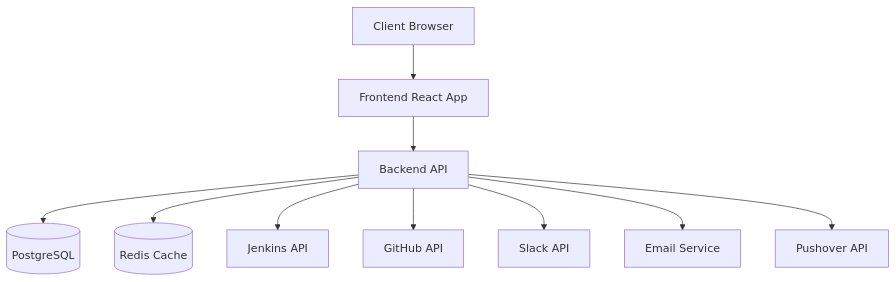
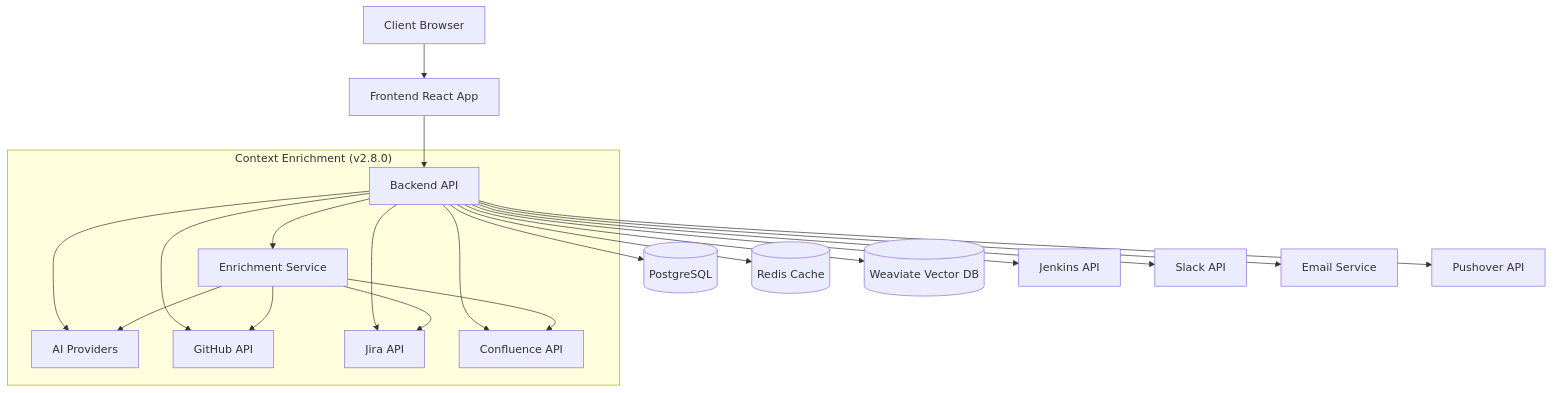
Before and after one commit to rayalon1984/testops-copilot: the first of 9 diagrams in docs/architecture.md, drawn with Mermaid. The commit also changed other lines of this file and 9 other files, not shown here.

````diff
--- a/docs/architecture.md
+++ b/docs/architecture.md
@@ -7,12 +7,24 @@
 ```mermaid
 graph TD
     Client[Client Browser] --> FE[Frontend React App]
     FE --> API[Backend API]
     API --> DB[(PostgreSQL)]
     API --> Redis[(Redis Cache)]
+    API --> AI[AI Providers]
+    API --> Weaviate[(Weaviate Vector DB)]
     API --> Jenkins[Jenkins API]
     API --> GitHub[GitHub API]
+    API --> Jira[Jira API]
+    API --> Confluence[Confluence API]
     API --> Slack[Slack API]
     API --> Email[Email Service]
     API --> Pushover[Pushover API]
+
+    subgraph "Context Enrichment (v2.8.0)"
+        API --> Enrichment[Enrichment Service]
+        Enrichment --> Jira
+        Enrichment --> Confluence
+        Enrichment --> GitHub
+        Enrichment --> AI
+    end
 ```
````
